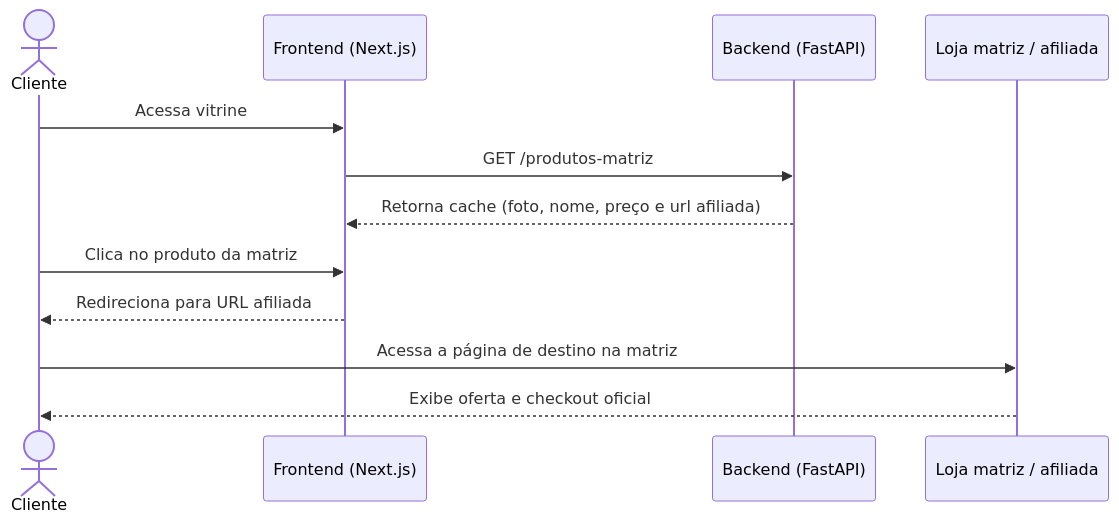
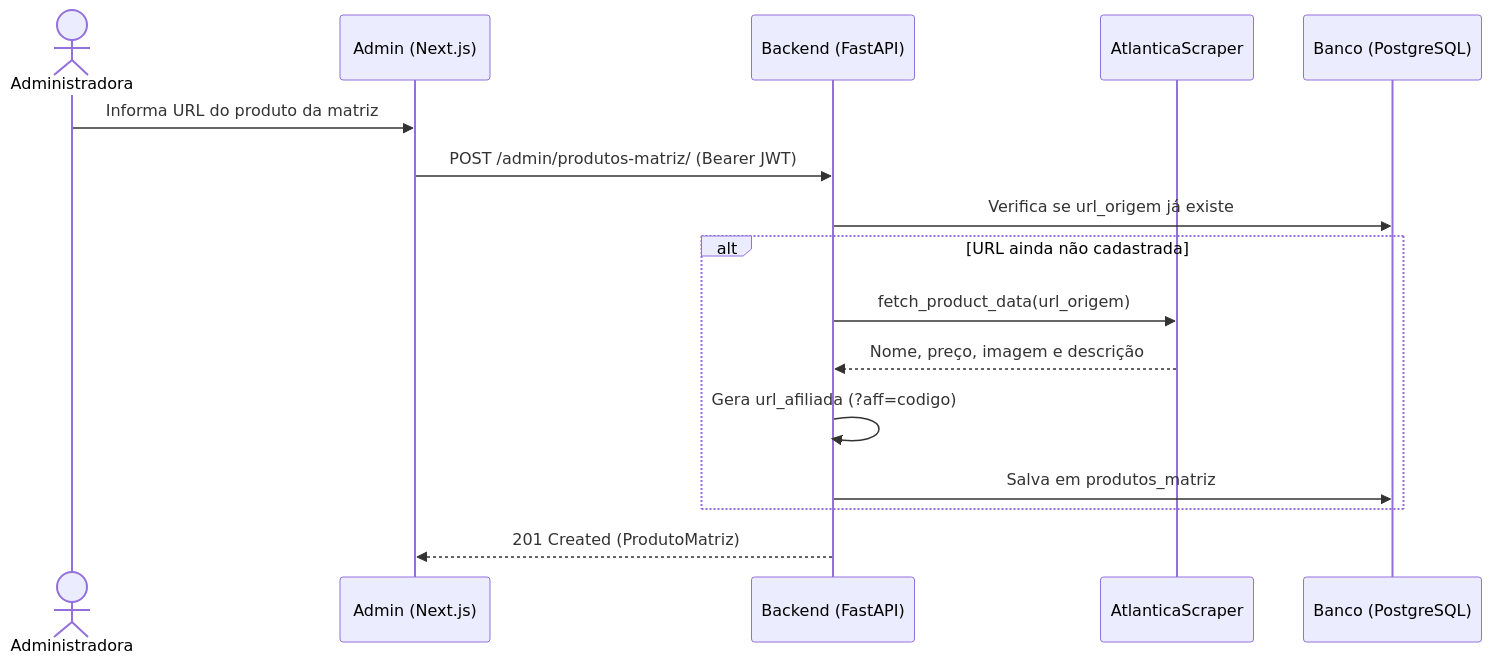
Before and after one commit to LuHenRe/Projeto-Revendedora-Atlantica-Natural: the second of 3 diagrams in docs/arquitetura/06-diagrama-sequencia.md, drawn with Mermaid. The commit also changed other lines of this file and 15 other files, not shown here.

Commit message:
docs: adiciona segunda apresentacao e atualiza diagramas e requisitos

````diff
--- a/docs/arquitetura/06-diagrama-sequencia.md
+++ b/docs/arquitetura/06-diagrama-sequencia.md
@@ -32,15 +57,19 @@
 ```mermaid
 sequenceDiagram
-    actor Cliente
-    participant Frontend as Frontend (Next.js)
+    actor Admin as Administradora
+    participant Backoffice as Admin (Next.js)
     participant API as Backend (FastAPI)
-    participant Externo as Loja matriz / afiliada
+    participant Scraper as AtlanticaScraper
+    participant DB as Banco (PostgreSQL)
 
-    Cliente->>Frontend: Acessa vitrine
-    Frontend->>API: GET /produtos-matriz
-    API-->>Frontend: Retorna cache (foto, nome, preço e url afiliada)
-    Cliente->>Frontend: Clica no produto da matriz
-    Frontend-->>Cliente: Redireciona para URL afiliada
-    Cliente->>Externo: Acessa a página de destino na matriz
-    Externo-->>Cliente: Exibe oferta e checkout oficial
+    Admin->>Backoffice: Informa URL do produto da matriz
+    Backoffice->>API: POST /admin/produtos-matriz/ (Bearer JWT)
+    API->>DB: Verifica se url_origem já existe
+    alt URL ainda não cadastrada
+        API->>Scraper: fetch_product_data(url_origem)
+        Scraper-->>API: Nome, preço, imagem e descrição
+        API->>API: Gera url_afiliada (?aff=codigo)
+        API->>DB: Salva em produtos_matriz
+    end
+    API-->>Backoffice: 201 Created (ProdutoMatriz)
 ```
````
